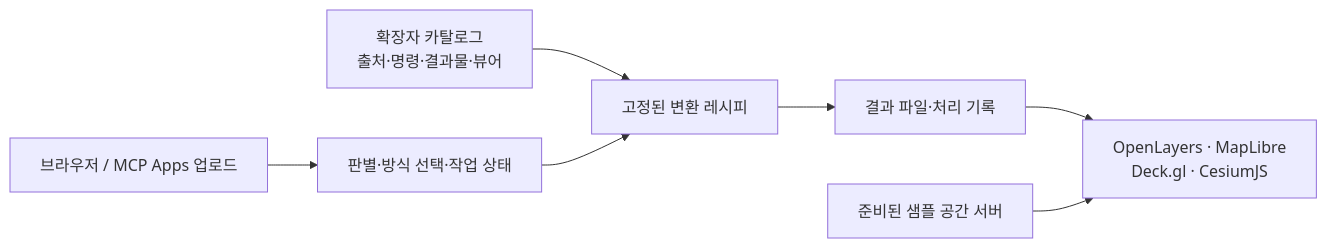
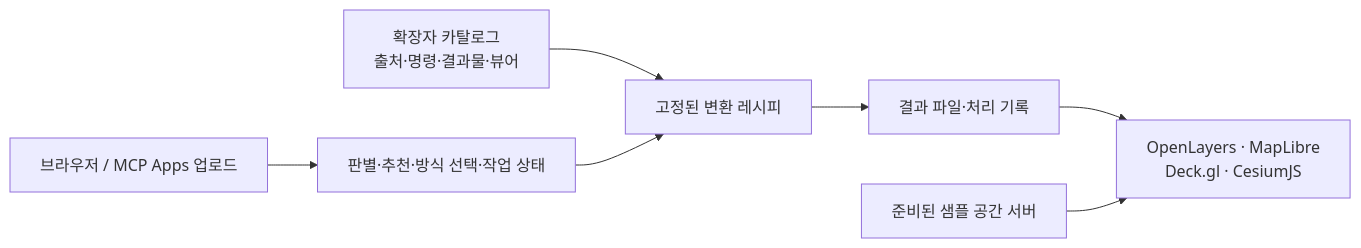
Before and after one commit to Gi-Di-Zi/geo: the diagram in README.md, drawn with Mermaid. The commit also changed other lines of this file and 2 other files, not shown here.

First line of the commit message:
MCP Apps 안내를 목적 중심 흐름으로 갱신

````diff
--- a/README.md
+++ b/README.md
@@ -114,9 +150,9 @@
 ```mermaid
 flowchart LR
   spec["확장자 카탈로그<br/>출처·명령·결과물·뷰어"] --> pipe["고정된 변환 레시피"]
-  browser["브라우저 / MCP Apps 업로드"] --> job["판별·방식 선택·작업 상태"]
+  browser["브라우저 / MCP Apps 업로드"] --> job["판별·추천·방식 선택·작업 상태"]
   job --> pipe
   pipe --> output["결과 파일·처리 기록"]
   output --> web["OpenLayers · MapLibre<br/>Deck.gl · CesiumJS"]
   prepared["준비된 샘플 공간 서버"] --> web
 ```
````
